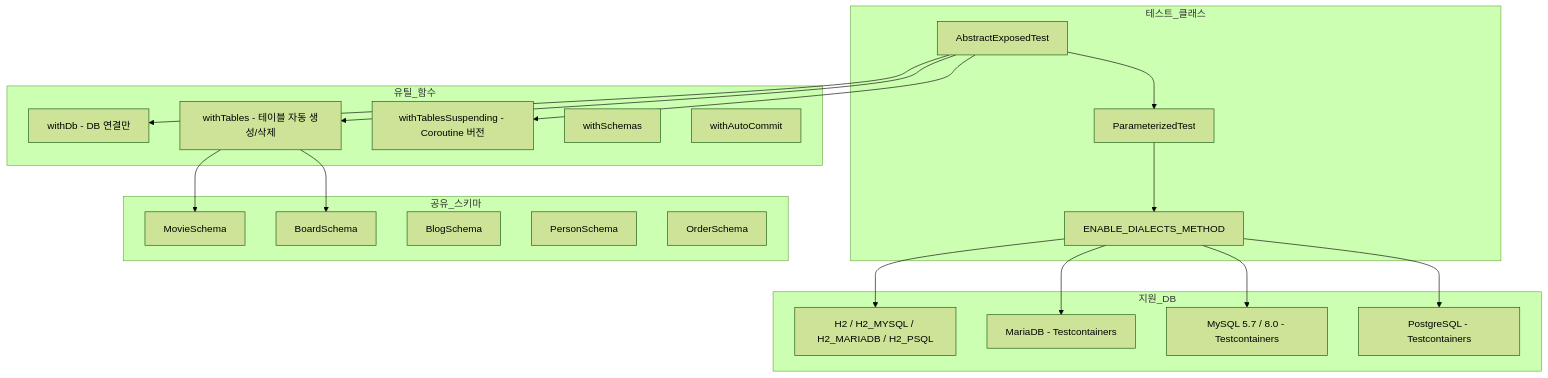
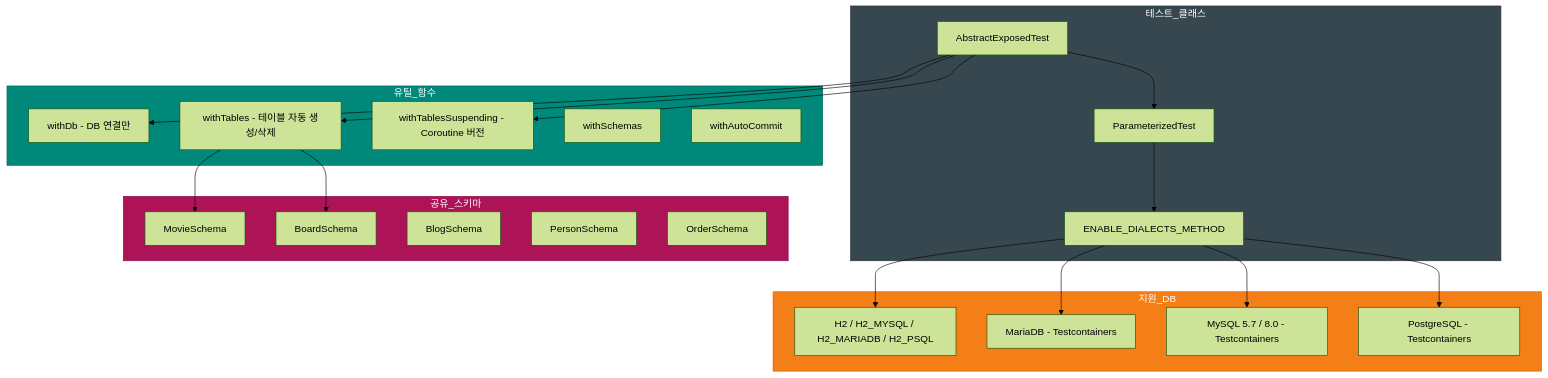
The first of 2 diagrams in data/exposed-jdbc-tests/README.ko.md (bluetape4k/bluetape4k-projects), drawn with Mermaid (forest theme) before and after one commit. The commit also changed other lines of this file and 221 other files, not shown here.

First line of the commit message:
docs: 전체 모듈 README UML 다이어그램 보강 및 색상 업그레이드

````diff
--- a/data/exposed-jdbc-tests/README.ko.md
+++ b/data/exposed-jdbc-tests/README.ko.md
@@ -289,42 +289,52 @@
 ```mermaid
 flowchart TD
     subgraph 테스트_클래스
         A[AbstractExposedTest] --> B[ParameterizedTest]
         B --> C[ENABLE_DIALECTS_METHOD]
     end
 
     subgraph 지원_DB
         D[H2 / H2_MYSQL / H2_MARIADB / H2_PSQL]
         E[MariaDB - Testcontainers]
         F[MySQL 5.7 / 8.0 - Testcontainers]
         G[PostgreSQL - Testcontainers]
     end
 
     subgraph 유틸_함수
         H[withDb - DB 연결만]
         I[withTables - 테이블 자동 생성/삭제]
         J[withTablesSuspending - Coroutine 버전]
         K[withSchemas]
         L[withAutoCommit]
     end
 
     C --> D
     C --> E
     C --> F
     C --> G
 
     A --> H
     A --> I
     A --> J
 
     subgraph 공유_스키마
         M[MovieSchema]
         N[BoardSchema]
         O[BlogSchema]
         P[PersonSchema]
         Q[OrderSchema]
     end
 
     I --> M
     I --> N
+
+    classDef testStyle fill:#37474F,stroke:#263238,color:#FFFFFF
+    classDef dbStyle fill:#F57F17,stroke:#E65100,color:#FFFFFF
+    classDef utilStyle fill:#00897B,stroke:#00695C,color:#FFFFFF
+    classDef schemaStyle fill:#AD1457,stroke:#880E4F,color:#FFFFFF
+
+    class 테스트_클래스 testStyle
+    class 지원_DB dbStyle
+    class 유틸_함수 utilStyle
+    class 공유_스키마 schemaStyle
 ```
````
